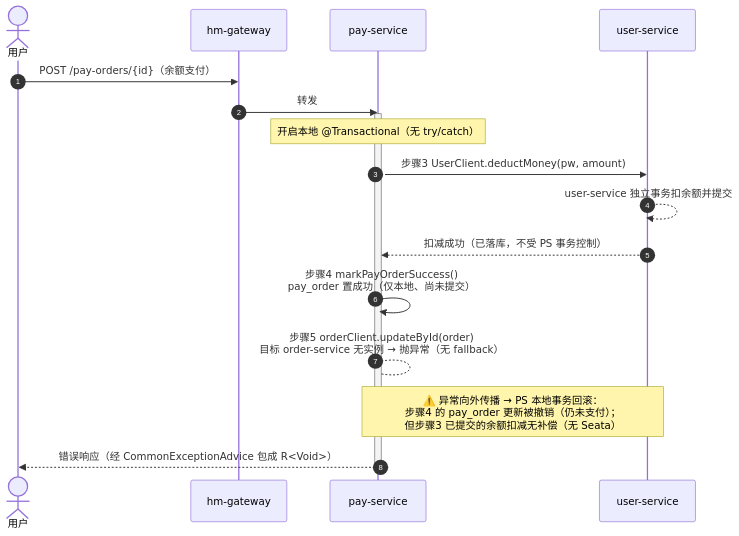
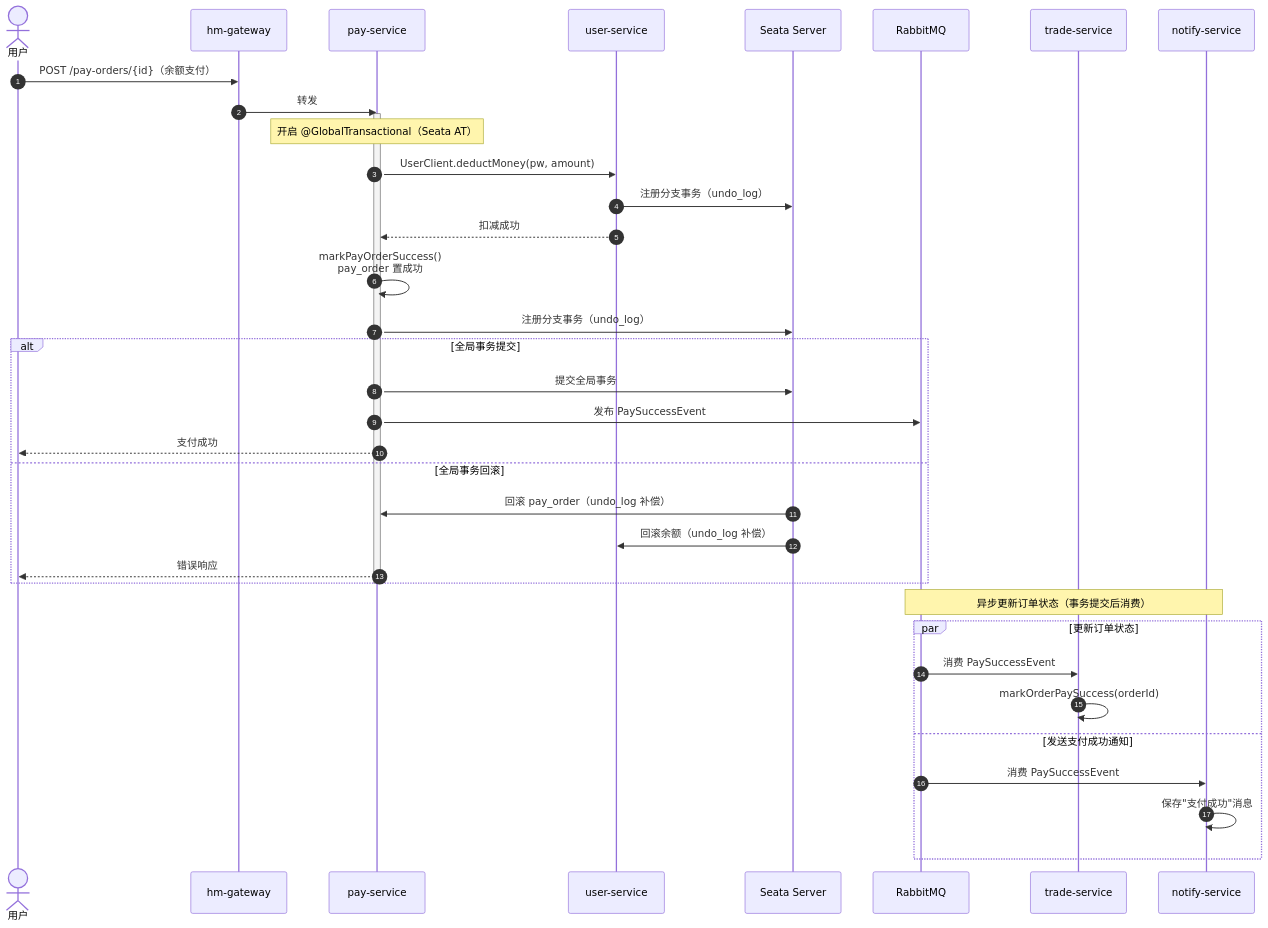
Before and after one commit to 3219378872/web-dev-experiment: the third of 3 diagrams in docs/structure/03-sequence-diagrams.md, drawn with Mermaid. The commit also changed other lines of this file and 4 other files, not shown here.

First line of the commit message:
docs: update structure diagrams for Seata/RabbitMQ/MinIO integration

````diff
--- a/docs/structure/03-sequence-diagrams.md
+++ b/docs/structure/03-sequence-diagrams.md
@@ -81,21 +100,41 @@
 ```mermaid
 sequenceDiagram
     autonumber
     actor U as 用户
     participant GW as hm-gateway
     participant PS as pay-service
     participant US as user-service
+    participant Seata as Seata Server
+    participant RMQ as RabbitMQ
+    participant TS as trade-service
+    participant NS as notify-service
 
     U->>GW: POST /pay-orders/{id}（余额支付）
     GW->>PS: 转发
     activate PS
-    Note over PS: 开启本地 @Transactional（无 try/catch）
-    PS->>US: 步骤3 UserClient.deductMoney(pw, amount)
-    US-->>US: user-service 独立事务扣余额并提交
-    US-->>PS: 扣减成功（已落库，不受 PS 事务控制）
-    PS->>PS: 步骤4 markPayOrderSuccess()<br/>pay_order 置成功（仅本地、尚未提交）
-    PS-->PS: 步骤5 orderClient.updateById(order)<br/>目标 order-service 无实例 → 抛异常（无 fallback）
-    Note over PS,US: ⚠️ 异常向外传播 → PS 本地事务回滚：<br/>步骤4 的 pay_order 更新被撤销（仍未支付）；<br/>但步骤3 已提交的余额扣减无补偿（无 Seata）
-    PS-->>U: 错误响应（经 CommonExceptionAdvice 包成 R<Void>）
+    Note over PS: 开启 @GlobalTransactional（Seata AT）
+    PS->>US: UserClient.deductMoney(pw, amount)
+    US->>Seata: 注册分支事务（undo_log）
+    US-->>PS: 扣减成功
+    PS->>PS: markPayOrderSuccess()<br/>pay_order 置成功
+    PS->>Seata: 注册分支事务（undo_log）
+    alt 全局事务提交
+        PS->>Seata: 提交全局事务
+        PS->>RMQ: 发布 PaySuccessEvent
+        PS-->>U: 支付成功
+    else 全局事务回滚
+        Seata->>PS: 回滚 pay_order（undo_log 补偿）
+        Seata->>US: 回滚余额（undo_log 补偿）
+        PS-->>U: 错误响应
+    end
     deactivate PS
+
+    Note over RMQ,NS: 异步更新订单状态（事务提交后消费）
+    par 更新订单状态
+        RMQ->>TS: 消费 PaySuccessEvent
+        TS->>TS: markOrderPaySuccess(orderId)
+    and 发送支付成功通知
+        RMQ->>NS: 消费 PaySuccessEvent
+        NS->>NS: 保存"支付成功"消息
+    end
 ```
````
